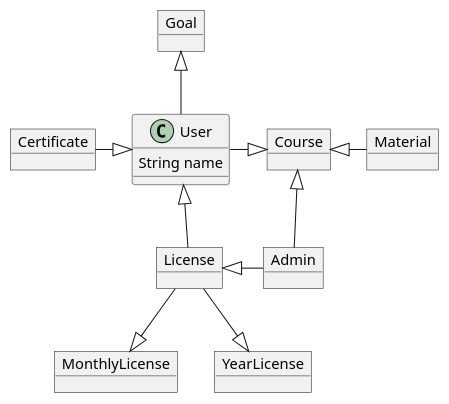
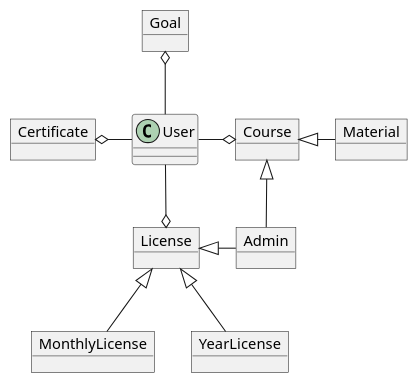
One commit to Rene061089/PlatumlDomeaneModdelering changed the diagram in src/DomæneModellering.puml. Above: the diagram before and after it, drawn with PlantUML.

Commit message:
rettet pile til med is-a and has-a

```diff
--- a/src/DomæneModellering.puml
+++ b/src/DomæneModellering.puml
@@ -1,30 +1,29 @@
 @startuml
 class User{
-String name
 }
 
 object Goal
 object Admin
 object MonthlyLicense
 object YearLicense
 object Course
 object Certificate
 object Material
 object License
 
 
-Goal <|-down-User
-User <|-down-License
-User <|-left-Certificate
-Course <|-left-User
+Goal o-down-User
+User -down-o License
+User -left-o Certificate
+Course o-left- User
 
 
-License -down-|> MonthlyLicense
-License -down-|>  YearLicense
+License <|-down- MonthlyLicense
+License <|-down-  YearLicense
 
 Course <|-right- Material
 
 License <|-right- Admin
 Course <|-down- Admin
 
 @enduml
```
